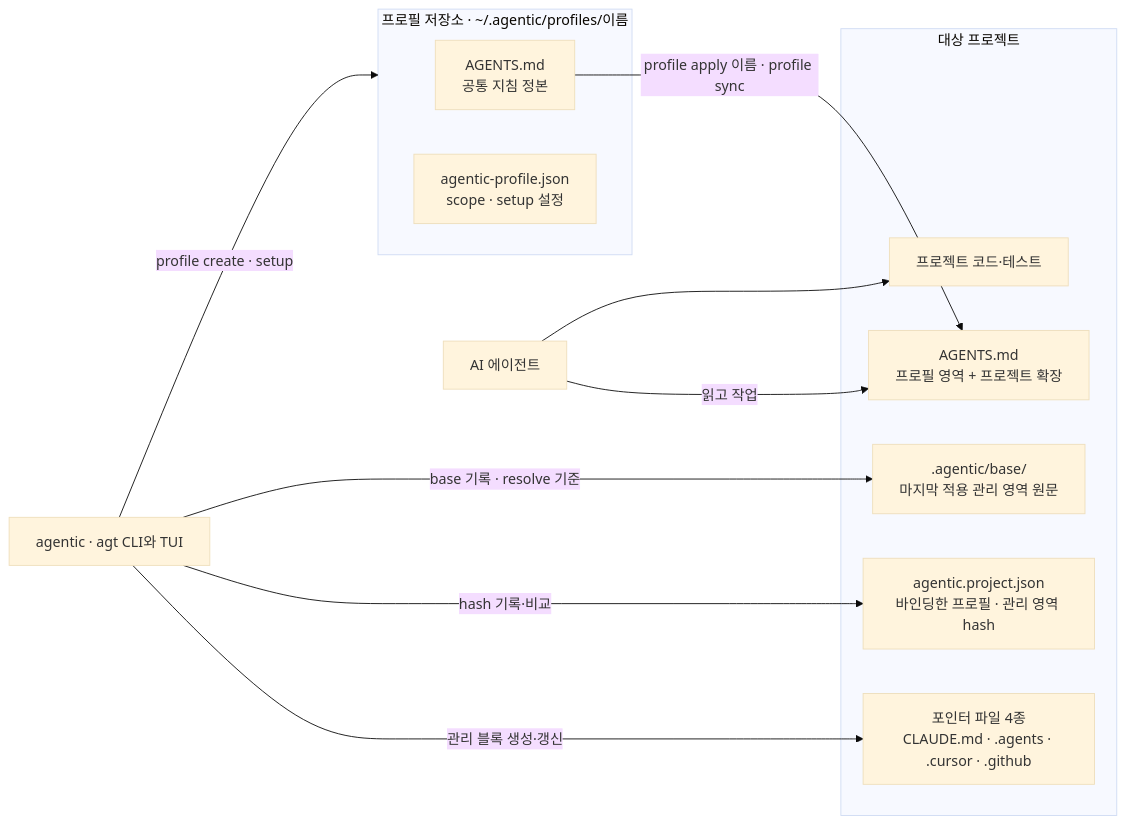
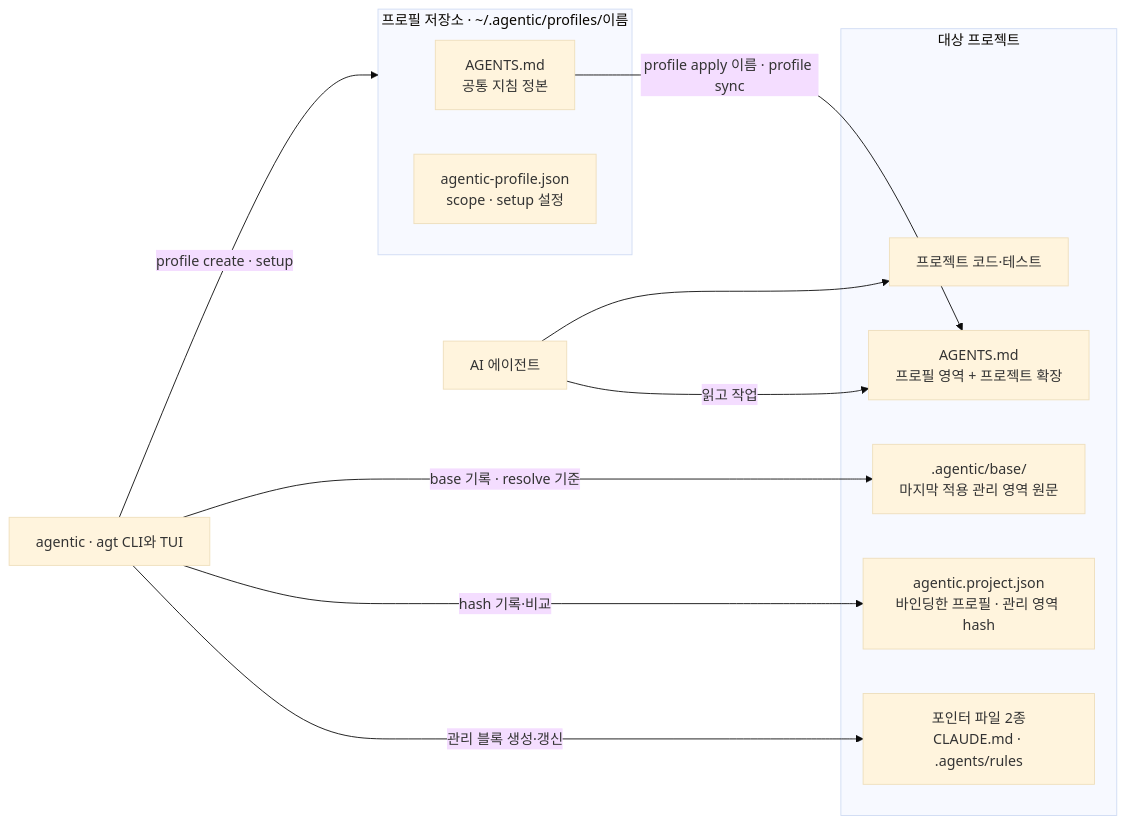
Before and after one commit to IsthisLee/agent-context-manager: the diagram in docs/architecture/README.md, drawn with Mermaid (base theme). The commit also changed other lines of this file and 31 other files, not shown here.

````diff
--- a/docs/architecture/README.md
+++ b/docs/architecture/README.md
@@ -12,21 +12,21 @@
 ```mermaid
 flowchart LR
   subgraph HOME["프로필 저장소 · ~/.agentic/profiles/이름"]
     PAGENTS["AGENTS.md<br/>공통 지침 정본"]
     PMETA["agentic-profile.json<br/>scope · setup 설정"]
   end
   subgraph PROJECT["대상 프로젝트"]
     JAGENTS["AGENTS.md<br/>프로필 영역 + 프로젝트 확장"]
     JCONFIG["agentic.project.json<br/>바인딩한 프로필 · 관리 영역 hash"]
-    JPOINTER["포인터 파일 4종<br/>CLAUDE.md · .agents · .cursor · .github"]
+    JPOINTER["포인터 파일 2종<br/>CLAUDE.md · .agents/rules"]
     JBASE[".agentic/base/<br/>마지막 적용 관리 영역 원문"]
     CODE["프로젝트 코드·테스트"]
   end
   CLI["agentic · agt CLI와 TUI"] -->|"profile create · setup"| HOME
   PAGENTS -->|"profile apply 이름 · profile sync"| JAGENTS
   CLI -->|"관리 블록 생성·갱신"| JPOINTER
   CLI -->|"hash 기록·비교"| JCONFIG
   CLI -->|"base 기록 · resolve 기준"| JBASE
   AGENT["AI 에이전트"] -->|"읽고 작업"| JAGENTS
   AGENT --> CODE
 ```
````
